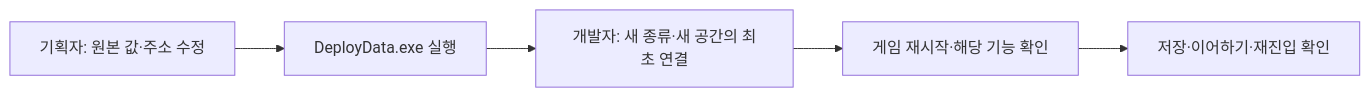
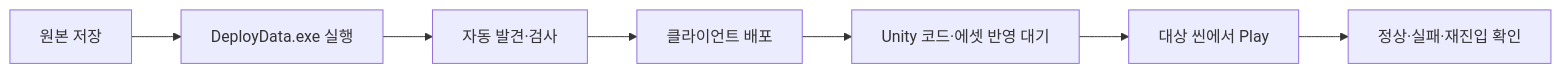
One commit to lkhwcf-arch/Human_Ghost- changed the second of 5 diagrams in Docs/기획자용 안내문서/기획자용 공통 모듈 연결과 확인 안내.md. Above: the diagram before and after it, drawn with Mermaid. The commit also changed other lines of this file and 92 other files, not shown here.

````diff
--- a/Docs/기획자용 안내문서/기획자용 공통 모듈 연결과 확인 안내.md
+++ b/Docs/기획자용 안내문서/기획자용 공통 모듈 연결과 확인 안내.md
@@ -33,7 +47,9 @@
-```mermaid
+~~~mermaid
 flowchart LR
-    A[기획자: 원본 값·주소 수정] --> B[DeployData.exe 실행]
-    B --> C[개발자: 새 종류·새 공간의 최초 연결]
-    C --> D[게임 재시작·해당 기능 확인]
-    D --> E[저장·이어하기·재진입 확인]
-```
+    A[원본 저장] --> B[DeployData.exe 실행]
+    B --> C[자동 발견·검사]
+    C --> D[클라이언트 배포]
+    D --> E[Unity 코드·에셋 반영 대기]
+    E --> F[대상 씬에서 Play]
+    F --> G[정상·실패·재진입 확인]
+~~~
````
